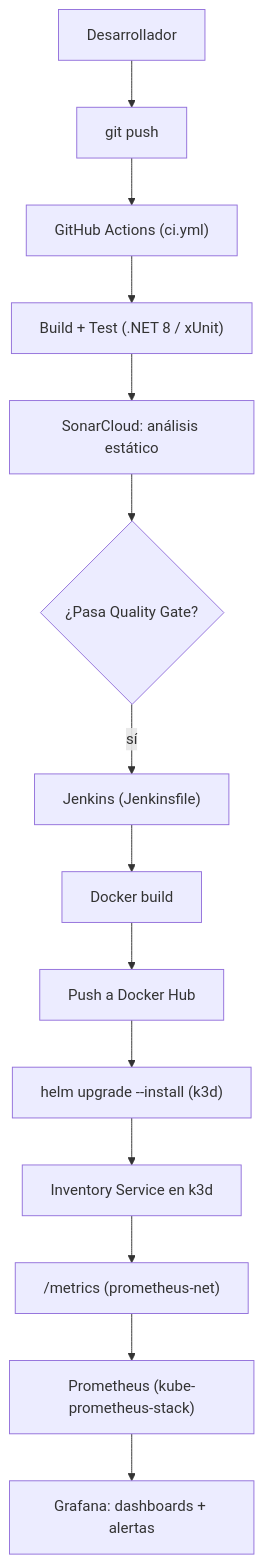
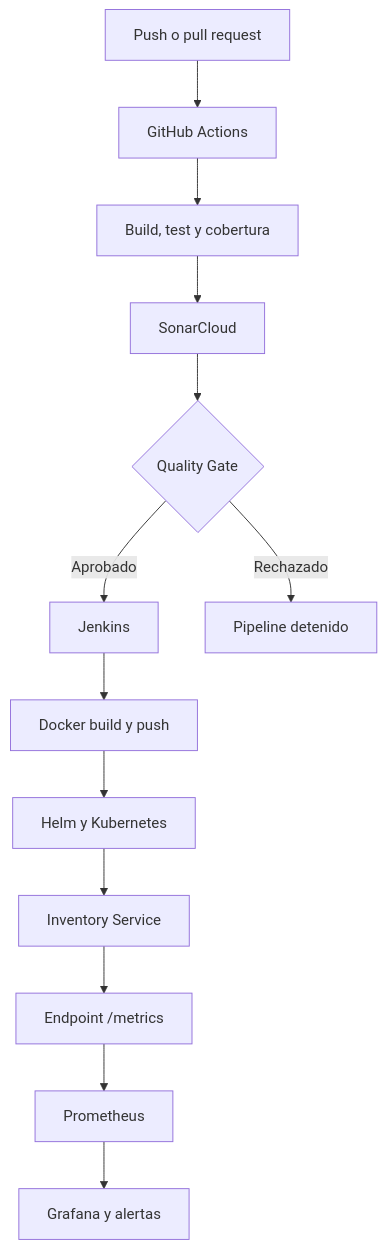
The diagram in docs/informe-tecnico-seguridad-monitoreo.md (sergioandresco/Final-Project-Software-Architecture), drawn with Mermaid before and after one commit. The commit also changed other lines of this file, not shown here.

````diff
--- a/docs/informe-tecnico-seguridad-monitoreo.md
+++ b/docs/informe-tecnico-seguridad-monitoreo.md
@@ -48,16 +60,15 @@
 ```mermaid
 flowchart TD
-    Dev["Desarrollador"] --> Push["git push"]
-    Push --> GHA["GitHub Actions (ci.yml)"]
-    GHA --> Build["Build + Test (.NET 8 / xUnit)"]
-    Build --> Sonar["SonarCloud: análisis estático"]
-    Sonar --> Gate{"¿Pasa Quality Gate?"}
-    Gate -->|sí| Jenkins["Jenkins (Jenkinsfile)"]
-    Jenkins --> DockerBuild["Docker build"]
-    DockerBuild --> DockerPush["Push a Docker Hub"]
-    DockerPush --> Helm["helm upgrade --install (k3d)"]
-    Helm --> App["Inventory Service en k3d"]
-    App --> Metrics["/metrics (prometheus-net)"]
-    Metrics --> Prom["Prometheus (kube-prometheus-stack)"]
-    Prom --> Grafana["Grafana: dashboards + alertas"]
+    A["Push o pull request"] --> B["GitHub Actions"]
+    B --> C["Build, test y cobertura"]
+    C --> D["SonarCloud"]
+    D --> E{"Quality Gate"}
+    E -->|Aprobado| F["Jenkins"]
+    E -->|Rechazado| G["Pipeline detenido"]
+    F --> H["Docker build y push"]
+    H --> I["Helm y Kubernetes"]
+    I --> J["Inventory Service"]
+    J --> K["Endpoint /metrics"]
+    K --> L["Prometheus"]
+    L --> M["Grafana y alertas"]
 ```
````
